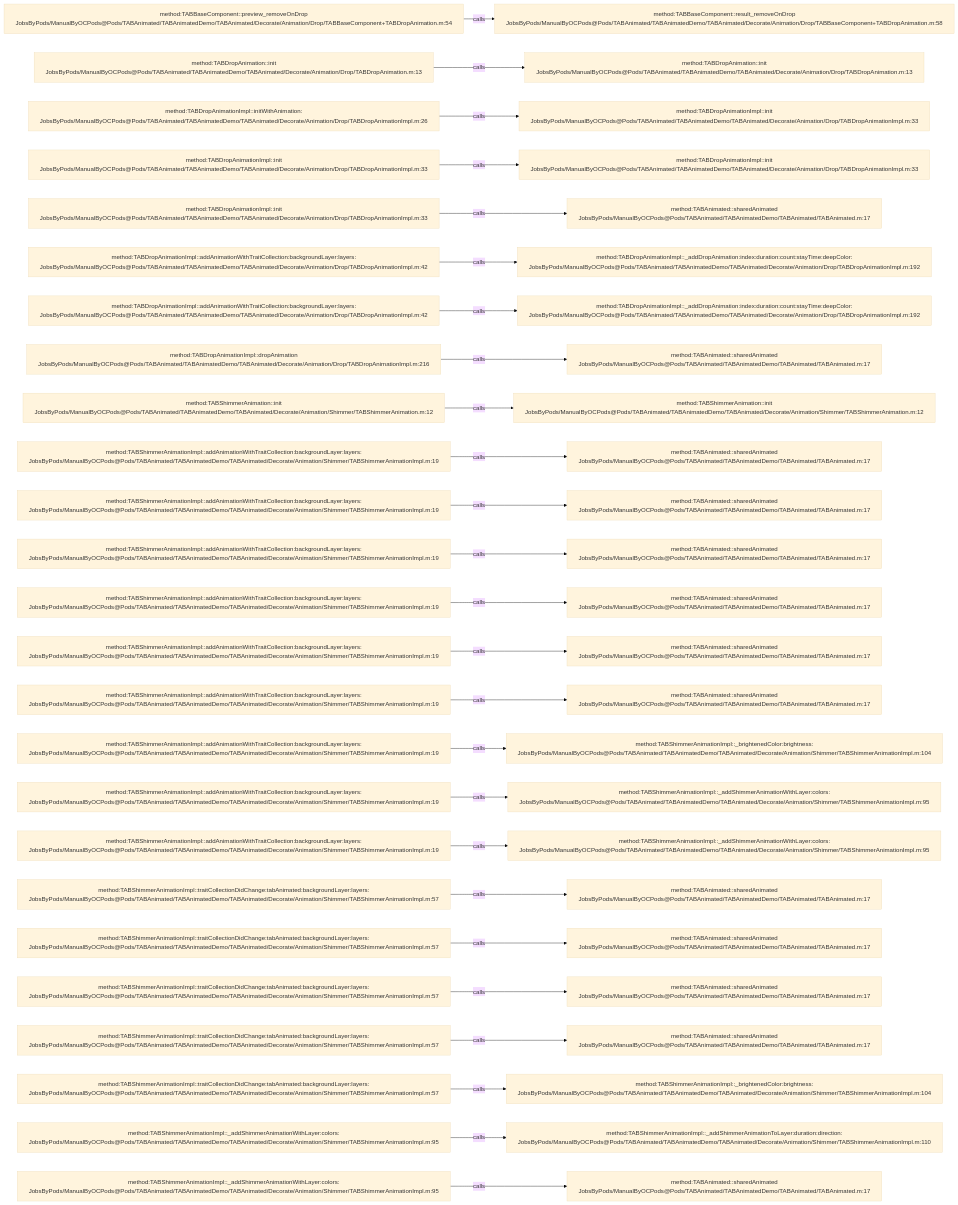
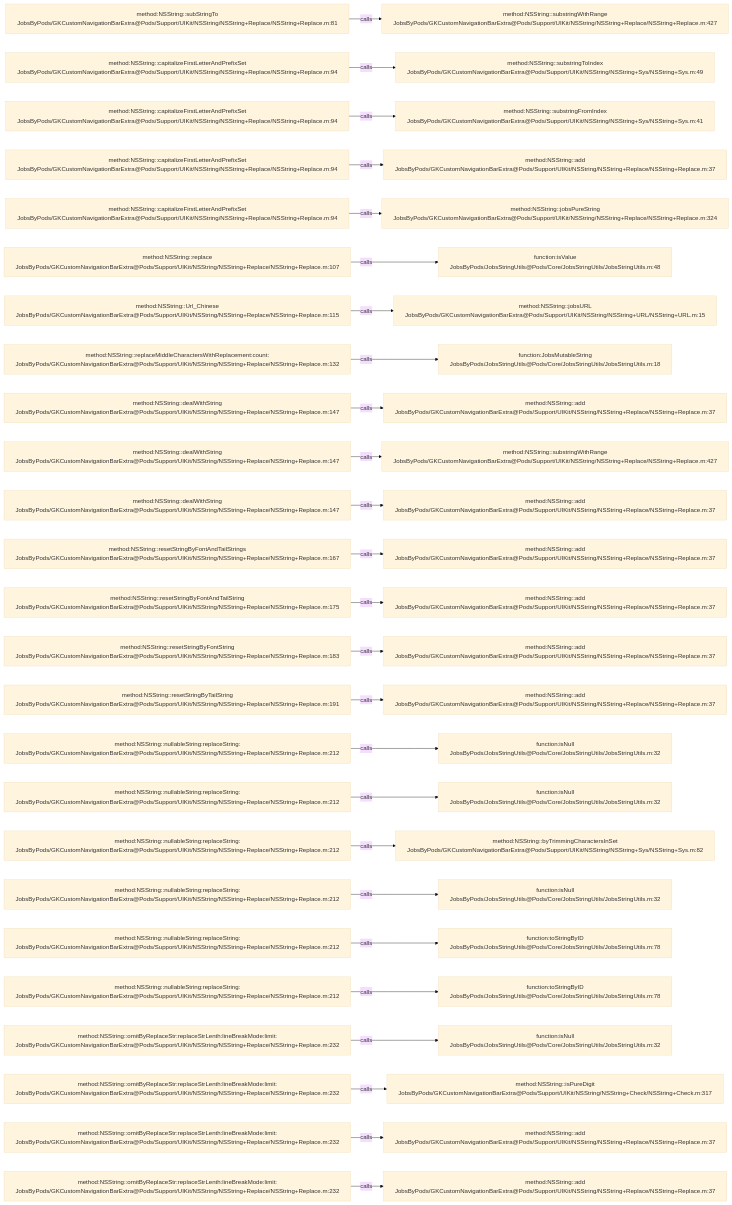
One commit to JobsKits/JobsOCBaseConfigDemo changed the diagram in .codegraph/codegraph.md/graphs/calls-018.md. Above: the diagram before and after it, drawn with Mermaid (base theme). The commit also changed 768 other files, not shown here.

````diff
--- a/.codegraph/codegraph.md/graphs/calls-018.md
+++ b/.codegraph/codegraph.md/graphs/calls-018.md
@@ -13,78 +13,78 @@
 ```mermaid
 flowchart LR
-  S1["method:TABBaseComponent::preview_removeOnDrop<br/>JobsByPods/ManualByOCPods@Pods/TABAnimated/TABAnimatedDemo/TABAnimated/Decorate/Animation/Drop/TABBaseComponent+TABDropAnimation.m:54"]
-  T1["method:TABBaseComponent::result_removeOnDrop<br/>JobsByPods/ManualByOCPods@Pods/TABAnimated/TABAnimatedDemo/TABAnimated/Decorate/Animation/Drop/TABBaseComponent+TABDropAnimation.m:58"]
+  S1["method:NSString::subStringTo<br/>JobsByPods/GKCustomNavigationBarExtra@Pods/Support/UIKit/NSString/NSString+Replace/NSString+Replace.m:81"]
+  T1["method:NSString::substringWithRange<br/>JobsByPods/GKCustomNavigationBarExtra@Pods/Support/UIKit/NSString/NSString+Replace/NSString+Replace.m:427"]
   S1 -->|calls| T1
-  S2["method:TABDropAnimation::init<br/>JobsByPods/ManualByOCPods@Pods/TABAnimated/TABAnimatedDemo/TABAnimated/Decorate/Animation/Drop/TABDropAnimation.m:13"]
-  T2["method:TABDropAnimation::init<br/>JobsByPods/ManualByOCPods@Pods/TABAnimated/TABAnimatedDemo/TABAnimated/Decorate/Animation/Drop/TABDropAnimation.m:13"]
+  S2["method:NSString::capitalizeFirstLetterAndPrefixSet<br/>JobsByPods/GKCustomNavigationBarExtra@Pods/Support/UIKit/NSString/NSString+Replace/NSString+Replace.m:94"]
+  T2["method:NSString::substringToIndex<br/>JobsByPods/GKCustomNavigationBarExtra@Pods/Support/UIKit/NSString/NSString+Sys/NSString+Sys.m:49"]
   S2 -->|calls| T2
-  S3["method:TABDropAnimationImpl::initWithAnimation:<br/>JobsByPods/ManualByOCPods@Pods/TABAnimated/TABAnimatedDemo/TABAnimated/Decorate/Animation/Drop/TABDropAnimationImpl.m:26"]
-  T3["method:TABDropAnimationImpl::init<br/>JobsByPods/ManualByOCPods@Pods/TABAnimated/TABAnimatedDemo/TABAnimated/Decorate/Animation/Drop/TABDropAnimationImpl.m:33"]
+  S3["method:NSString::capitalizeFirstLetterAndPrefixSet<br/>JobsByPods/GKCustomNavigationBarExtra@Pods/Support/UIKit/NSString/NSString+Replace/NSString+Replace.m:94"]
+  T3["method:NSString::substringFromIndex<br/>JobsByPods/GKCustomNavigationBarExtra@Pods/Support/UIKit/NSString/NSString+Sys/NSString+Sys.m:41"]
   S3 -->|calls| T3
-  S4["method:TABDropAnimationImpl::init<br/>JobsByPods/ManualByOCPods@Pods/TABAnimated/TABAnimatedDemo/TABAnimated/Decorate/Animation/Drop/TABDropAnimationImpl.m:33"]
-  T4["method:TABDropAnimationImpl::init<br/>JobsByPods/ManualByOCPods@Pods/TABAnimated/TABAnimatedDemo/TABAnimated/Decorate/Animation/Drop/TABDropAnimationImpl.m:33"]
+  S4["method:NSString::capitalizeFirstLetterAndPrefixSet<br/>JobsByPods/GKCustomNavigationBarExtra@Pods/Support/UIKit/NSString/NSString+Replace/NSString+Replace.m:94"]
+  T4["method:NSString::add<br/>JobsByPods/GKCustomNavigationBarExtra@Pods/Support/UIKit/NSString/NSString+Replace/NSString+Replace.m:37"]
   S4 -->|calls| T4
-  S5["method:TABDropAnimationImpl::init<br/>JobsByPods/ManualByOCPods@Pods/TABAnimated/TABAnimatedDemo/TABAnimated/Decorate/Animation/Drop/TABDropAnimationImpl.m:33"]
-  T5["method:TABAnimated::sharedAnimated<br/>JobsByPods/ManualByOCPods@Pods/TABAnimated/TABAnimatedDemo/TABAnimated/TABAnimated.m:17"]
+  S5["method:NSString::capitalizeFirstLetterAndPrefixSet<br/>JobsByPods/GKCustomNavigationBarExtra@Pods/Support/UIKit/NSString/NSString+Replace/NSString+Replace.m:94"]
+  T5["method:NSString::jobsPureString<br/>JobsByPods/GKCustomNavigationBarExtra@Pods/Support/UIKit/NSString/NSString+Replace/NSString+Replace.m:324"]
   S5 -->|calls| T5
-  S6["method:TABDropAnimationImpl::addAnimationWithTraitCollection:backgroundLayer:layers:<br/>JobsByPods/ManualByOCPods@Pods/TABAnimated/TABAnimatedDemo/TABAnimated/Decorate/Animation/Drop/TABDropAnimationImpl.m:42"]
-  T6["method:TABDropAnimationImpl::_addDropAnimation:index:duration:count:stayTime:deepColor:<br/>JobsByPods/ManualByOCPods@Pods/TABAnimated/TABAnimatedDemo/TABAnimated/Decorate/Animation/Drop/TABDropAnimationImpl.m:192"]
+  S6["method:NSString::replace<br/>JobsByPods/GKCustomNavigationBarExtra@Pods/Support/UIKit/NSString/NSString+Replace/NSString+Replace.m:107"]
+  T6["function:isValue<br/>JobsByPods/JobsStringUtils@Pods/Core/JobsStringUtils/JobsStringUtils.m:48"]
   S6 -->|calls| T6
-  S7["method:TABDropAnimationImpl::addAnimationWithTraitCollection:backgroundLayer:layers:<br/>JobsByPods/ManualByOCPods@Pods/TABAnimated/TABAnimatedDemo/TABAnimated/Decorate/Animation/Drop/TABDropAnimationImpl.m:42"]
-  T7["method:TABDropAnimationImpl::_addDropAnimation:index:duration:count:stayTime:deepColor:<br/>JobsByPods/ManualByOCPods@Pods/TABAnimated/TABAnimatedDemo/TABAnimated/Decorate/Animation/Drop/TABDropAnimationImpl.m:192"]
+  S7["method:NSString::Url_Chinese<br/>JobsByPods/GKCustomNavigationBarExtra@Pods/Support/UIKit/NSString/NSString+Replace/NSString+Replace.m:115"]
+  T7["method:NSString::jobsURL<br/>JobsByPods/GKCustomNavigationBarExtra@Pods/Support/UIKit/NSString/NSString+URL/NSString+URL.m:15"]
   S7 -->|calls| T7
-  S8["method:TABDropAnimationImpl::dropAnimation<br/>JobsByPods/ManualByOCPods@Pods/TABAnimated/TABAnimatedDemo/TABAnimated/Decorate/Animation/Drop/TABDropAnimationImpl.m:216"]
-  T8["method:TABAnimated::sharedAnimated<br/>JobsByPods/ManualByOCPods@Pods/TABAnimated/TABAnimatedDemo/TABAnimated/TABAnimated.m:17"]
+  S8["method:NSString::replaceMiddleCharactersWithReplacement:count:<br/>JobsByPods/GKCustomNavigationBarExtra@Pods/Support/UIKit/NSString/NSString+Replace/NSString+Replace.m:132"]
+  T8["function:JobsMutableString<br/>JobsByPods/JobsStringUtils@Pods/Core/JobsStringUtils/JobsStringUtils.m:18"]
   S8 -->|calls| T8
-  S9["method:TABShimmerAnimation::init<br/>JobsByPods/ManualByOCPods@Pods/TABAnimated/TABAnimatedDemo/TABAnimated/Decorate/Animation/Shimmer/TABShimmerAnimation.m:12"]
-  T9["method:TABShimmerAnimation::init<br/>JobsByPods/ManualByOCPods@Pods/TABAnimated/TABAnimatedDemo/TABAnimated/Decorate/Animation/Shimmer/TABShimmerAnimation.m:12"]
+  S9["method:NSString::dealWithString<br/>JobsByPods/GKCustomNavigationBarExtra@Pods/Support/UIKit/NSString/NSString+Replace/NSString+Replace.m:147"]
+  T9["method:NSString::add<br/>JobsByPods/GKCustomNavigationBarExtra@Pods/Support/UIKit/NSString/NSString+Replace/NSString+Replace.m:37"]
   S9 -->|calls| T9
-  S10["method:TABShimmerAnimationImpl::addAnimationWithTraitCollection:backgroundLayer:layers:<br/>JobsByPods/ManualByOCPods@Pods/TABAnimated/TABAnimatedDemo/TABAnimated/Decorate/Animation/Shimmer/TABShimmerAnimationImpl.m:19"]
-  T10["method:TABAnimated::sharedAnimated<br/>JobsByPods/ManualByOCPods@Pods/TABAnimated/TABAnimatedDemo/TABAnimated/TABAnimated.m:17"]
+  S10["method:NSString::dealWithString<br/>JobsByPods/GKCustomNavigationBarExtra@Pods/Support/UIKit/NSString/NSString+Replace/NSString+Replace.m:147"]
+  T10["method:NSString::substringWithRange<br/>JobsByPods/GKCustomNavigationBarExtra@Pods/Support/UIKit/NSString/NSString+Replace/NSString+Replace.m:427"]
   S10 -->|calls| T10
-  S11["method:TABShimmerAnimationImpl::addAnimationWithTraitCollection:backgroundLayer:layers:<br/>JobsByPods/ManualByOCPods@Pods/TABAnimated/TABAnimatedDemo/TABAnimated/Decorate/Animation/Shimmer/TABShimmerAnimationImpl.m:19"]
-  T11["method:TABAnimated::sharedAnimated<br/>JobsByPods/ManualByOCPods@Pods/TABAnimated/TABAnimatedDemo/TABAnimated/TABAnimated.m:17"]
+  S11["method:NSString::dealWithString<br/>JobsByPods/GKCustomNavigationBarExtra@Pods/Support/UIKit/NSString/NSString+Replace/NSString+Replace.m:147"]
+  T11["method:NSString::add<br/>JobsByPods/GKCustomNavigationBarExtra@Pods/Support/UIKit/NSString/NSString+Replace/NSString+Replace.m:37"]
   S11 -->|calls| T11
-  S12["method:TABShimmerAnimationImpl::addAnimationWithTraitCollection:backgroundLayer:layers:<br/>JobsByPods/ManualByOCPods@Pods/TABAnimated/TABAnimatedDemo/TABAnimated/Decorate/Animation/Shimmer/TABShimmerAnimationImpl.m:19"]
-  T12["method:TABAnimated::sharedAnimated<br/>JobsByPods/ManualByOCPods@Pods/TABAnimated/TABAnimatedDemo/TABAnimated/TABAnimated.m:17"]
+  S12["method:NSString::resetStringByFontAndTailStrings<br/>JobsByPods/GKCustomNavigationBarExtra@Pods/Support/UIKit/NSString/NSString+Replace/NSString+Replace.m:167"]
+  T12["method:NSString::add<br/>JobsByPods/GKCustomNavigationBarExtra@Pods/Support/UIKit/NSString/NSString+Replace/NSString+Replace.m:37"]
   S12 -->|calls| T12
-  S13["method:TABShimmerAnimationImpl::addAnimationWithTraitCollection:backgroundLayer:layers:<br/>JobsByPods/ManualByOCPods@Pods/TABAnimated/TABAnimatedDemo/TABAnimated/Decorate/Animation/Shimmer/TABShimmerAnimationImpl.m:19"]
-  T13["method:TABAnimated::sharedAnimated<br/>JobsByPods/ManualByOCPods@Pods/TABAnimated/TABAnimatedDemo/TABAnimated/TABAnimated.m:17"]
+  S13["method:NSString::resetStringByFontAndTailString<br/>JobsByPods/GKCustomNavigationBarExtra@Pods/Support/UIKit/NSString/NSString+Replace/NSString+Replace.m:175"]
+  T13["method:NSString::add<br/>JobsByPods/GKCustomNavigationBarExtra@Pods/Support/UIKit/NSString/NSString+Replace/NSString+Replace.m:37"]
   S13 -->|calls| T13
-  S14["method:TABShimmerAnimationImpl::addAnimationWithTraitCollection:backgroundLayer:layers:<br/>JobsByPods/ManualByOCPods@Pods/TABAnimated/TABAnimatedDemo/TABAnimated/Decorate/Animation/Shimmer/TABShimmerAnimationImpl.m:19"]
-  T14["method:TABAnimated::sharedAnimated<br/>JobsByPods/ManualByOCPods@Pods/TABAnimated/TABAnimatedDemo/TABAnimated/TABAnimated.m:17"]
+  S14["method:NSString::resetStringByFontString<br/>JobsByPods/GKCustomNavigationBarExtra@Pods/Support/UIKit/NSString/NSString+Replace/NSString+Replace.m:183"]
+  T14["method:NSString::add<br/>JobsByPods/GKCustomNavigationBarExtra@Pods/Support/UIKit/NSString/NSString+Replace/NSString+Replace.m:37"]
   S14 -->|calls| T14
-  S15["method:TABShimmerAnimationImpl::addAnimationWithTraitCollection:backgroundLayer:layers:<br/>JobsByPods/ManualByOCPods@Pods/TABAnimated/TABAnimatedDemo/TABAnimated/Decorate/Animation/Shimmer/TABShimmerAnimationImpl.m:19"]
-  T15["method:TABAnimated::sharedAnimated<br/>JobsByPods/ManualByOCPods@Pods/TABAnimated/TABAnimatedDemo/TABAnimated/TABAnimated.m:17"]
+  S15["method:NSString::resetStringByTailString<br/>JobsByPods/GKCustomNavigationBarExtra@Pods/Support/UIKit/NSString/NSString+Replace/NSString+Replace.m:191"]
+  T15["method:NSString::add<br/>JobsByPods/GKCustomNavigationBarExtra@Pods/Support/UIKit/NSString/NSString+Replace/NSString+Replace.m:37"]
   S15 -->|calls| T15
-  S16["method:TABShimmerAnimationImpl::addAnimationWithTraitCollection:backgroundLayer:layers:<br/>JobsByPods/ManualByOCPods@Pods/TABAnimated/TABAnimatedDemo/TABAnimated/Decorate/Animation/Shimmer/TABShimmerAnimationImpl.m:19"]
-  T16["method:TABShimmerAnimationImpl::_brightenedColor:brightness:<br/>JobsByPods/ManualByOCPods@Pods/TABAnimated/TABAnimatedDemo/TABAnimated/Decorate/Animation/Shimmer/TABShimmerAnimationImpl.m:104"]
+  S16["method:NSString::nullableString:replaceString:<br/>JobsByPods/GKCustomNavigationBarExtra@Pods/Support/UIKit/NSString/NSString+Replace/NSString+Replace.m:212"]
+  T16["function:isNull<br/>JobsByPods/JobsStringUtils@Pods/Core/JobsStringUtils/JobsStringUtils.m:32"]
   S16 -->|calls| T16
-  S17["method:TABShimmerAnimationImpl::addAnimationWithTraitCollection:backgroundLayer:layers:<br/>JobsByPods/ManualByOCPods@Pods/TABAnimated/TABAnimatedDemo/TABAnimated/Decorate/Animation/Shimmer/TABShimmerAnimationImpl.m:19"]
-  T17["method:TABShimmerAnimationImpl::_addShimmerAnimationWithLayer:colors:<br/>JobsByPods/ManualByOCPods@Pods/TABAnimated/TABAnimatedDemo/TABAnimated/Decorate/Animation/Shimmer/TABShimmerAnimationImpl.m:95"]
+  S17["method:NSString::nullableString:replaceString:<br/>JobsByPods/GKCustomNavigationBarExtra@Pods/Support/UIKit/NSString/NSString+Replace/NSString+Replace.m:212"]
+  T17["function:isNull<br/>JobsByPods/JobsStringUtils@Pods/Core/JobsStringUtils/JobsStringUtils.m:32"]
   S17 -->|calls| T17
-  S18["method:TABShimmerAnimationImpl::addAnimationWithTraitCollection:backgroundLayer:layers:<br/>JobsByPods/ManualByOCPods@Pods/TABAnimated/TABAnimatedDemo/TABAnimated/Decorate/Animation/Shimmer/TABShimmerAnimationImpl.m:19"]
-  T18["method:TABShimmerAnimationImpl::_addShimmerAnimationWithLayer:colors:<br/>JobsByPods/ManualByOCPods@Pods/TABAnimated/TABAnimatedDemo/TABAnimated/Decorate/Animation/Shimmer/TABShimmerAnimationImpl.m:95"]
+  S18["method:NSString::nullableString:replaceString:<br/>JobsByPods/GKCustomNavigationBarExtra@Pods/Support/UIKit/NSString/NSString+Replace/NSString+Replace.m:212"]
+  T18["method:NSString::byTrimmingCharactersInSet<br/>JobsByPods/GKCustomNavigationBarExtra@Pods/Support/UIKit/NSString/NSString+Sys/NSString+Sys.m:82"]
   S18 -->|calls| T18
-  S19["method:TABShimmerAnimationImpl::traitCollectionDidChange:tabAnimated:backgroundLayer:layers:<br/>JobsByPods/ManualByOCPods@Pods/TABAnimated/TABAnimatedDemo/TABAnimated/Decorate/Animation/Shimmer/TABShimmerAnimationImpl.m:57"]
-  T19["method:TABAnimated::sharedAnimated<br/>JobsByPods/ManualByOCPods@Pods/TABAnimated/TABAnimatedDemo/TABAnimated/TABAnimated.m:17"]
+  S19["method:NSString::nullableString:replaceString:<br/>JobsByPods/GKCustomNavigationBarExtra@Pods/Support/UIKit/NSString/NSString+Replace/NSString+Replace.m:212"]
+  T19["function:isNull<br/>JobsByPods/JobsStringUtils@Pods/Core/JobsStringUtils/JobsStringUtils.m:32"]
   S19 -->|calls| T19
-  S20["method:TABShimmerAnimationImpl::traitCollectionDidChange:tabAnimated:backgroundLayer:layers:<br/>JobsByPods/ManualByOCPods@Pods/TABAnimated/TABAnimatedDemo/TABAnimated/Decorate/Animation/Shimmer/TABShimmerAnimationImpl.m:57"]
-  T20["method:TABAnimated::sharedAnimated<br/>JobsByPods/ManualByOCPods@Pods/TABAnimated/TABAnimatedDemo/TABAnimated/TABAnimated.m:17"]
+  S20["method:NSString::nullableString:replaceString:<br/>JobsByPods/GKCustomNavigationBarExtra@Pods/Support/UIKit/NSString/NSString+Replace/NSString+Replace.m:212"]
+  T20["function:toStringByID<br/>JobsByPods/JobsStringUtils@Pods/Core/JobsStringUtils/JobsStringUtils.m:78"]
   S20 -->|calls| T20
-  S21["method:TABShimmerAnimationImpl::traitCollectionDidChange:tabAnimated:backgroundLayer:layers:<br/>JobsByPods/ManualByOCPods@Pods/TABAnimated/TABAnimatedDemo/TABAnimated/Decorate/Animation/Shimmer/TABShimmerAnimationImpl.m:57"]
-  T21["method:TABAnimated::sharedAnimated<br/>JobsByPods/ManualByOCPods@Pods/TABAnimated/TABAnimatedDemo/TABAnimated/TABAnimated.m:17"]
+  S21["method:NSString::nullableString:replaceString:<br/>JobsByPods/GKCustomNavigationBarExtra@Pods/Support/UIKit/NSString/NSString+Replace/NSString+Replace.m:212"]
+  T21["function:toStringByID<br/>JobsByPods/JobsStringUtils@Pods/Core/JobsStringUtils/JobsStringUtils.m:78"]
   S21 -->|calls| T21
-  S22["method:TABShimmerAnimationImpl::traitCollectionDidChange:tabAnimated:backgroundLayer:layers:<br/>JobsByPods/ManualByOCPods@Pods/TABAnimated/TABAnimatedDemo/TABAnimated/Decorate/Animation/Shimmer/TABShimmerAnimationImpl.m:57"]
-  T22["method:TABAnimated::sharedAnimated<br/>JobsByPods/ManualByOCPods@Pods/TABAnimated/TABAnimatedDemo/TABAnimated/TABAnimated.m:17"]
+  S22["method:NSString::omitByReplaceStr:replaceStrLenth:lineBreakMode:limit:<br/>JobsByPods/GKCustomNavigationBarExtra@Pods/Support/UIKit/NSString/NSString+Replace/NSString+Replace.m:232"]
+  T22["function:isNull<br/>JobsByPods/JobsStringUtils@Pods/Core/JobsStringUtils/JobsStringUtils.m:32"]
   S22 -->|calls| T22
-  S23["method:TABShimmerAnimationImpl::traitCollectionDidChange:tabAnimated:backgroundLayer:layers:<br/>JobsByPods/ManualByOCPods@Pods/TABAnimated/TABAnimatedDemo/TABAnimated/Decorate/Animation/Shimmer/TABShimmerAnimationImpl.m:57"]
-  T23["method:TABShimmerAnimationImpl::_brightenedColor:brightness:<br/>JobsByPods/ManualByOCPods@Pods/TABAnimated/TABAnimatedDemo/TABAnimated/Decorate/Animation/Shimmer/TABShimmerAnimationImpl.m:104"]
+  S23["method:NSString::omitByReplaceStr:replaceStrLenth:lineBreakMode:limit:<br/>JobsByPods/GKCustomNavigationBarExtra@Pods/Support/UIKit/NSString/NSString+Replace/NSString+Replace.m:232"]
+  T23["method:NSString::isPureDigit<br/>JobsByPods/GKCustomNavigationBarExtra@Pods/Support/UIKit/NSString/NSString+Check/NSString+Check.m:317"]
   S23 -->|calls| T23
-  S24["method:TABShimmerAnimationImpl::_addShimmerAnimationWithLayer:colors:<br/>JobsByPods/ManualByOCPods@Pods/TABAnimated/TABAnimatedDemo/TABAnimated/Decorate/Animation/Shimmer/TABShimmerAnimationImpl.m:95"]
-  T24["method:TABShimmerAnimationImpl::_addShimmerAnimationToLayer:duration:direction:<br/>JobsByPods/ManualByOCPods@Pods/TABAnimated/TABAnimatedDemo/TABAnimated/Decorate/Animation/Shimmer/TABShimmerAnimationImpl.m:110"]
+  S24["method:NSString::omitByReplaceStr:replaceStrLenth:lineBreakMode:limit:<br/>JobsByPods/GKCustomNavigationBarExtra@Pods/Support/UIKit/NSString/NSString+Replace/NSString+Replace.m:232"]
+  T24["method:NSString::add<br/>JobsByPods/GKCustomNavigationBarExtra@Pods/Support/UIKit/NSString/NSString+Replace/NSString+Replace.m:37"]
   S24 -->|calls| T24
-  S25["method:TABShimmerAnimationImpl::_addShimmerAnimationWithLayer:colors:<br/>JobsByPods/ManualByOCPods@Pods/TABAnimated/TABAnimatedDemo/TABAnimated/Decorate/Animation/Shimmer/TABShimmerAnimationImpl.m:95"]
-  T25["method:TABAnimated::sharedAnimated<br/>JobsByPods/ManualByOCPods@Pods/TABAnimated/TABAnimatedDemo/TABAnimated/TABAnimated.m:17"]
+  S25["method:NSString::omitByReplaceStr:replaceStrLenth:lineBreakMode:limit:<br/>JobsByPods/GKCustomNavigationBarExtra@Pods/Support/UIKit/NSString/NSString+Replace/NSString+Replace.m:232"]
+  T25["method:NSString::add<br/>JobsByPods/GKCustomNavigationBarExtra@Pods/Support/UIKit/NSString/NSString+Replace/NSString+Replace.m:37"]
   S25 -->|calls| T25
 ```
````
